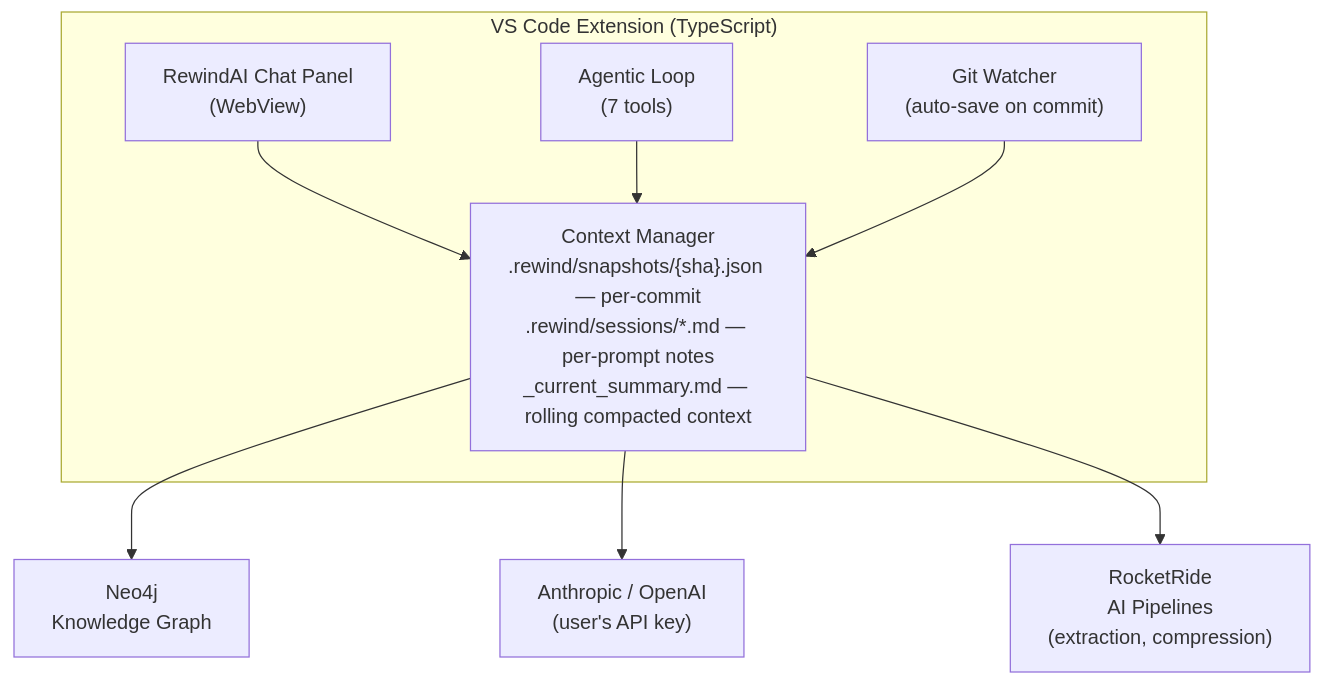
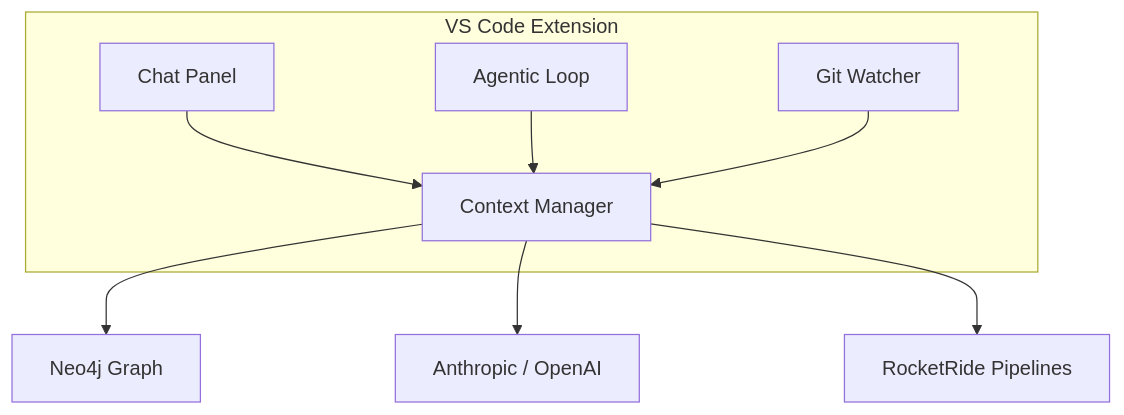
One commit to nickleodoen/RewindAI changed the diagram in README.md. Above: the diagram before and after it, drawn with Mermaid. The commit also changed other lines of this file, not shown here.

Commit message:
fix: shorten Mermaid node labels to prevent text clipping

````diff
--- a/README.md
+++ b/README.md
@@ -44,15 +44,15 @@
 ```mermaid
 graph TD
-    subgraph ext["VS Code Extension (TypeScript)"]
-        Panel["RewindAI Chat Panel<br/>(WebView)"]
-        Loop["Agentic Loop<br/>(7 tools)"]
-        Watcher["Git Watcher<br/>(auto-save on commit)"]
-        CM["Context Manager<br/>.rewind/snapshots/{sha}.json — per-commit<br/>.rewind/sessions/*.md — per-prompt notes<br/>_current_summary.md — rolling compacted context"]
+    subgraph ext[VS Code Extension]
+        Panel[Chat Panel]
+        Loop[Agentic Loop]
+        Watcher[Git Watcher]
+        CM[Context Manager]
         Panel --> CM
         Loop --> CM
         Watcher --> CM
     end
-    CM --> Neo4j["Neo4j<br/>Knowledge Graph"]
-    CM --> LLM["Anthropic / OpenAI<br/>(user's API key)"]
-    CM --> RR["RocketRide<br/>AI Pipelines<br/>(extraction, compression)"]
+    CM --> Neo4j[Neo4j Graph]
+    CM --> LLM[Anthropic / OpenAI]
+    CM --> RR[RocketRide Pipelines]
 ```
````
